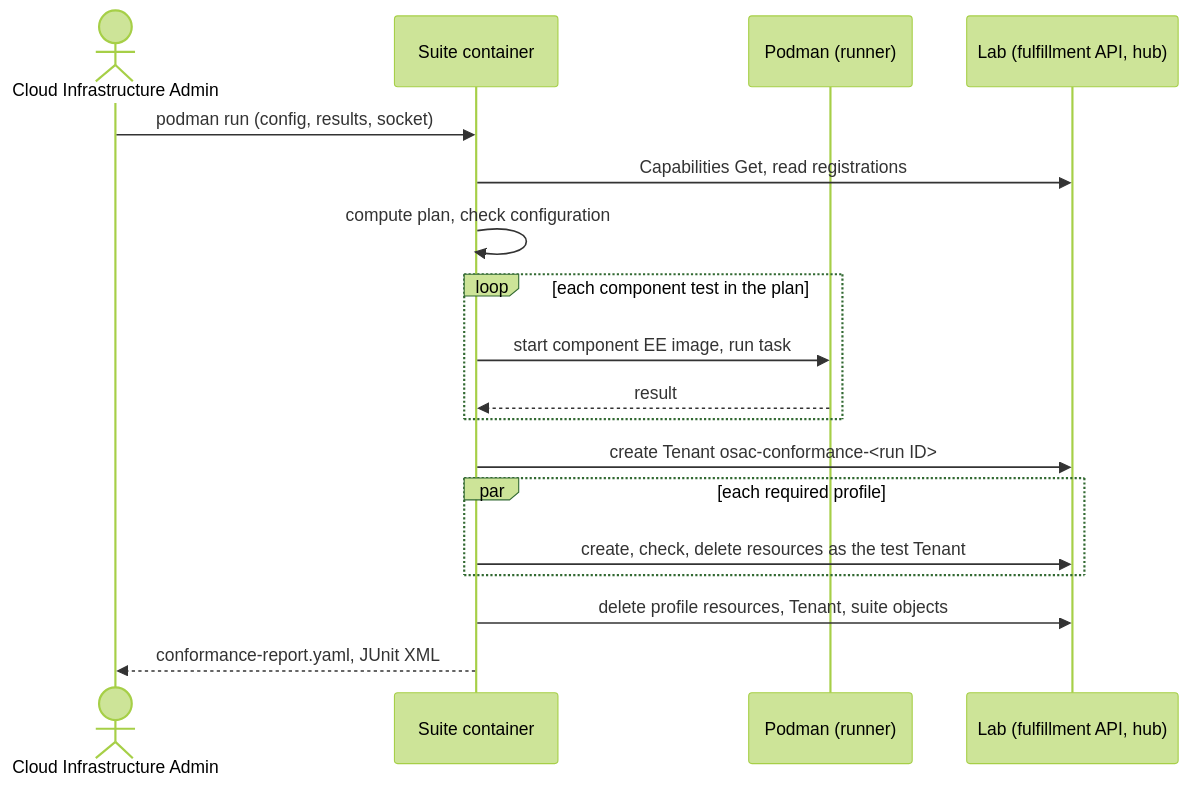
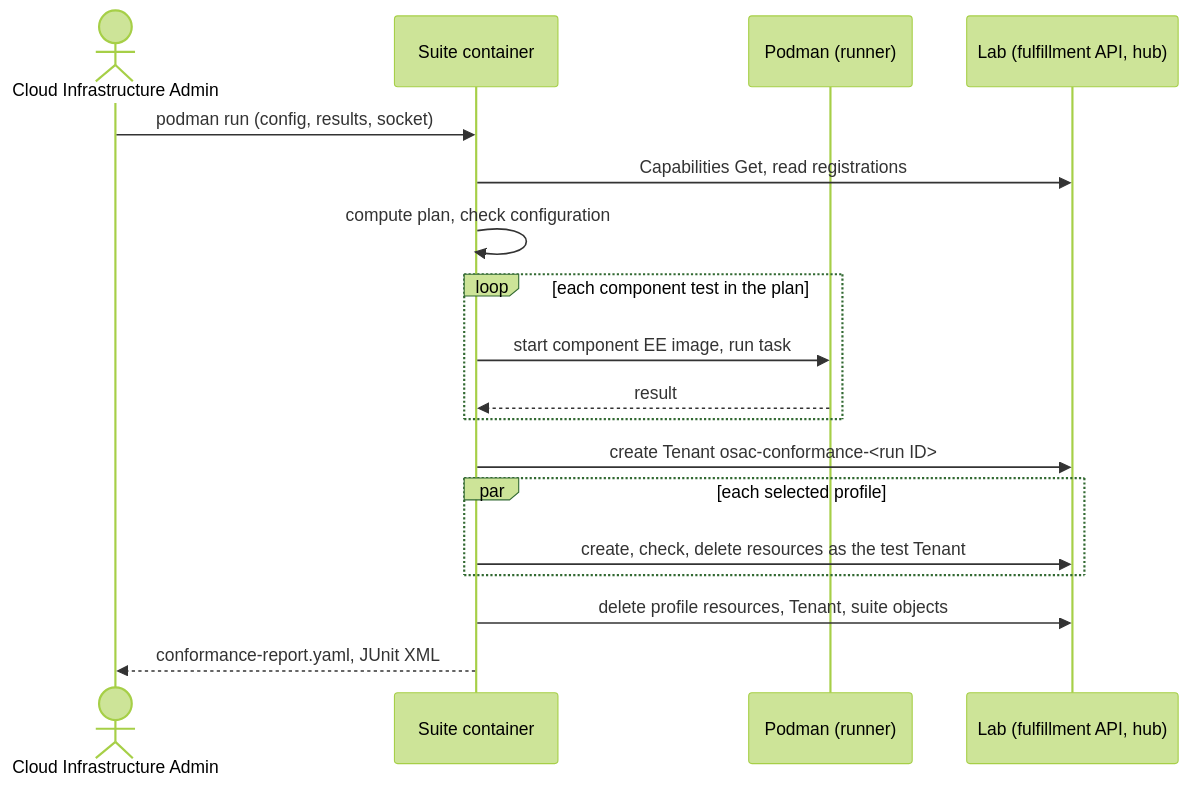
Before and after one commit to osac-project/enhancement-proposals: the second of 2 diagrams in enhancements/OSAC-7068-conformance-suite/design.md, drawn with Mermaid (forest theme). The commit also changed other lines of this file and 4 other files, not shown here.

````diff
--- a/enhancements/OSAC-7068-conformance-suite/design.md
+++ b/enhancements/OSAC-7068-conformance-suite/design.md
@@ -107,20 +107,20 @@
 ```mermaid
 sequenceDiagram
     actor Admin as Cloud Infrastructure Admin
     participant Suite as Suite container
     participant Podman as Podman (runner)
     participant Lab as Lab (fulfillment API, hub)
     Admin->>Suite: podman run (config, results, socket)
     Suite->>Lab: Capabilities Get, read registrations
     Suite->>Suite: compute plan, check configuration
     loop each component test in the plan
         Suite->>Podman: start component EE image, run task
         Podman-->>Suite: result
     end
     Suite->>Lab: create Tenant osac-conformance-<run ID>
-    par each required profile
+    par each selected profile
         Suite->>Lab: create, check, delete resources as the test Tenant
     end
     Suite->>Lab: delete profile resources, Tenant, suite objects
     Suite-->>Admin: conformance-report.yaml, JUnit XML
 ```
````
